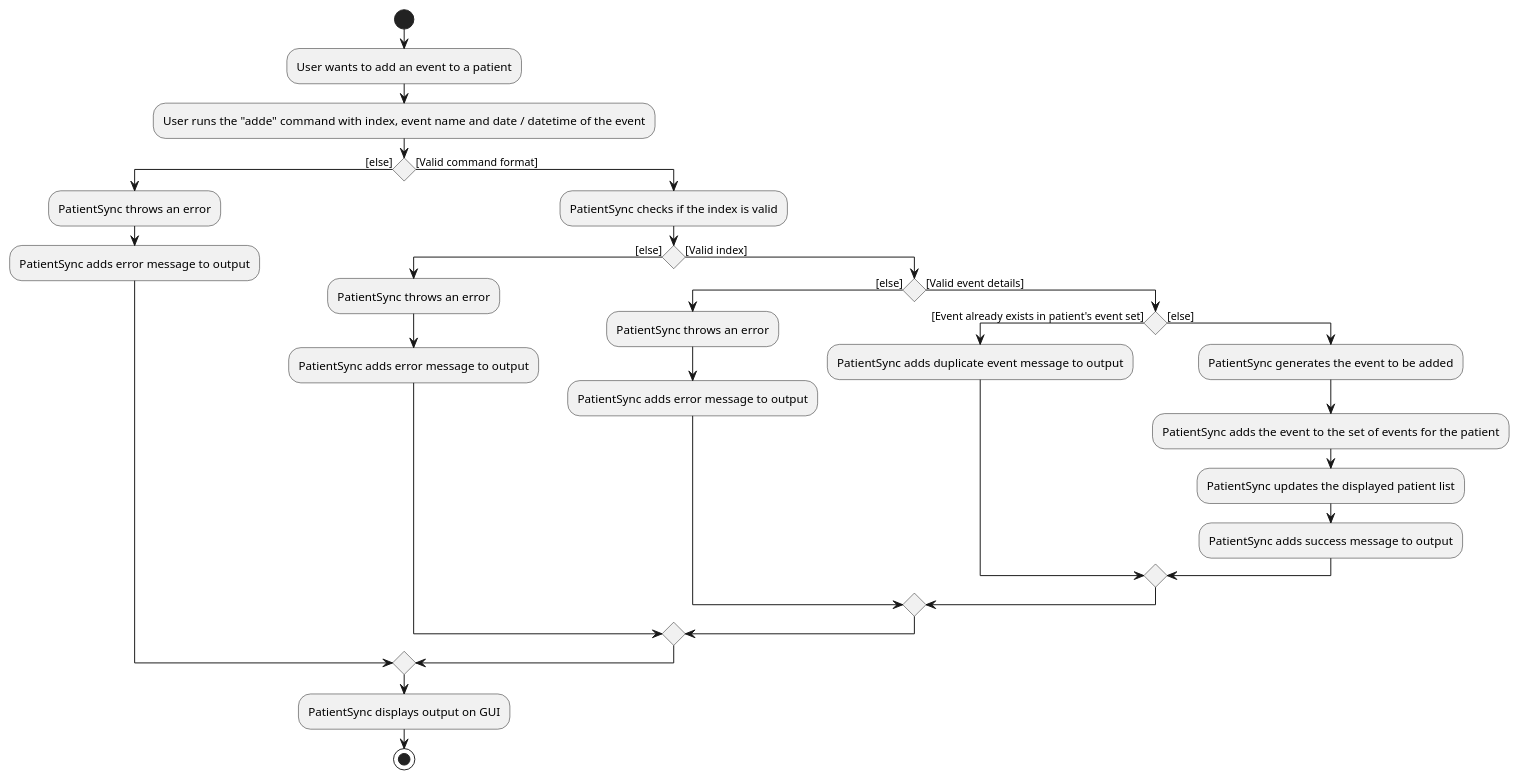
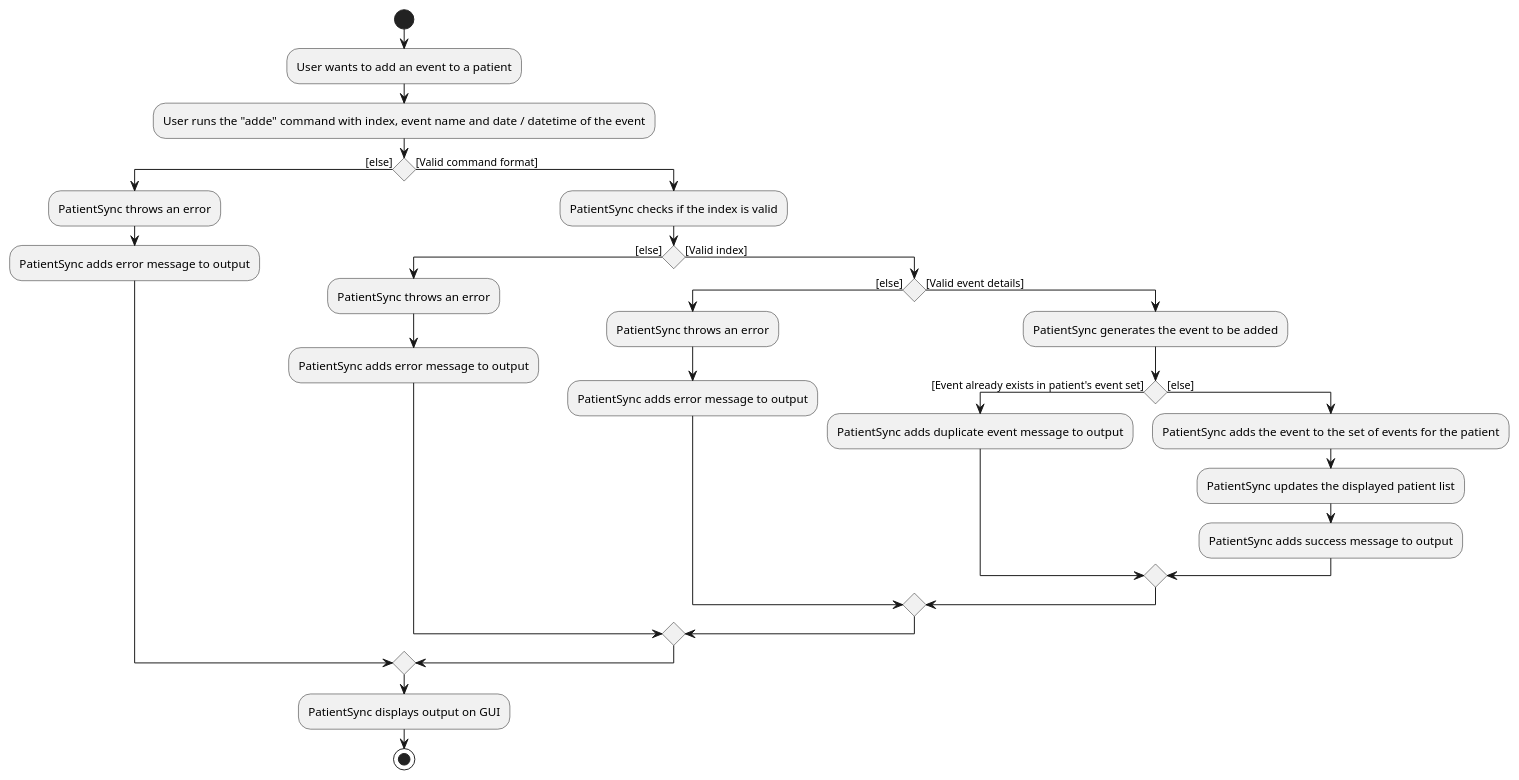
Before and after one commit to AY2324S2-CS2103-F09-2/tp: the diagram in diagrams/AddEventActivityDiagram.puml, drawn with PlantUML. The commit also changed 29 other files, not shown here.

```diff
--- a/diagrams/AddEventActivityDiagram.puml
+++ b/diagrams/AddEventActivityDiagram.puml
@@ -1,31 +1,31 @@
 @startuml
 start
 :User wants to add an event to a patient;
 :User runs the "adde" command with index, event name and date / datetime of the event;
 if () then ([else])
     :PatientSync throws an error;
     :PatientSync adds error message to output;
 else ([Valid command format])
     :PatientSync checks if the index is valid;
     if () then ([else])
         :PatientSync throws an error;
         :PatientSync adds error message to output;
     else ([Valid index])
         if () then ([else])
             :PatientSync throws an error;
             :PatientSync adds error message to output;
         else ([Valid event details])
+            :PatientSync generates the event to be added;
             if () then ([Event already exists in patient's event set])
                 :PatientSync adds duplicate event message to output;
             else ([else])
-                :PatientSync generates the event to be added;
                 :PatientSync adds the event to the set of events for the patient;
                 :PatientSync updates the displayed patient list;
                 :PatientSync adds success message to output;
             endif
         endif
     endif
 endif
 :PatientSync displays output on GUI;
 stop
 @enduml
```
